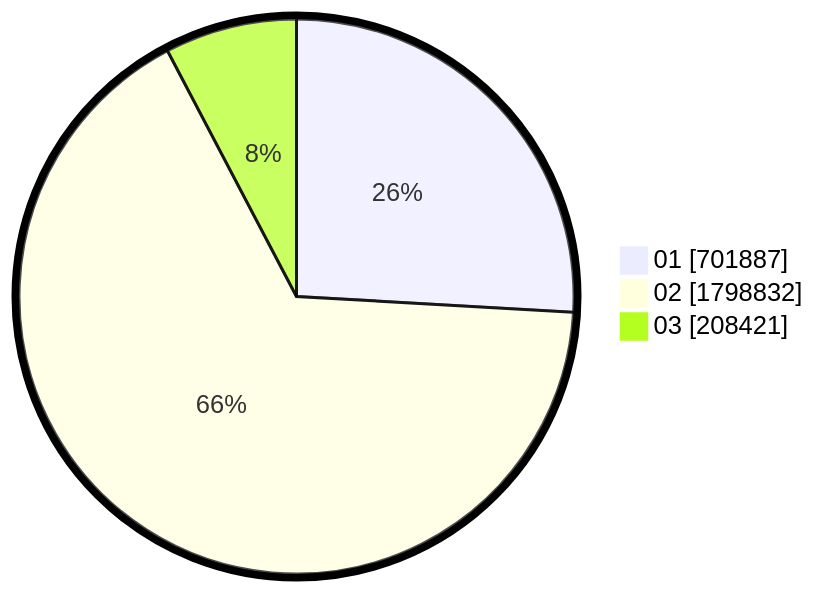
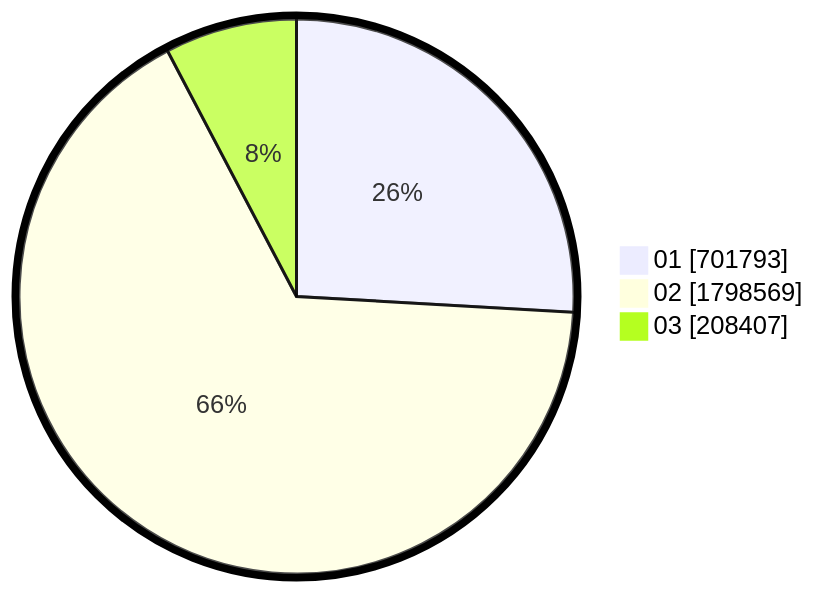
The second of 2 diagrams in pilpres/hitung-suara/sub/table-wilayah-52.md (gigit-pemilu/pemilu-2024), drawn with Mermaid before and after one commit. The commit also changed other lines of this file and 5 other files, not shown here.

````diff
--- a/pilpres/hitung-suara/sub/table-wilayah-52.md
+++ b/pilpres/hitung-suara/sub/table-wilayah-52.md
@@ -15,7 +15,7 @@
 ```mermaid
 %%{init: {"pie": {"textPosition": 0.5}, "themeVariables": {"pieOuterStrokeWidth": "5px"}} }%%
 pie showData
-    "01" : 701887
-    "02" : 1798832
-    "03" : 208421
+    "01" : 701793
+    "02" : 1798569
+    "03" : 208407
 ```
````
